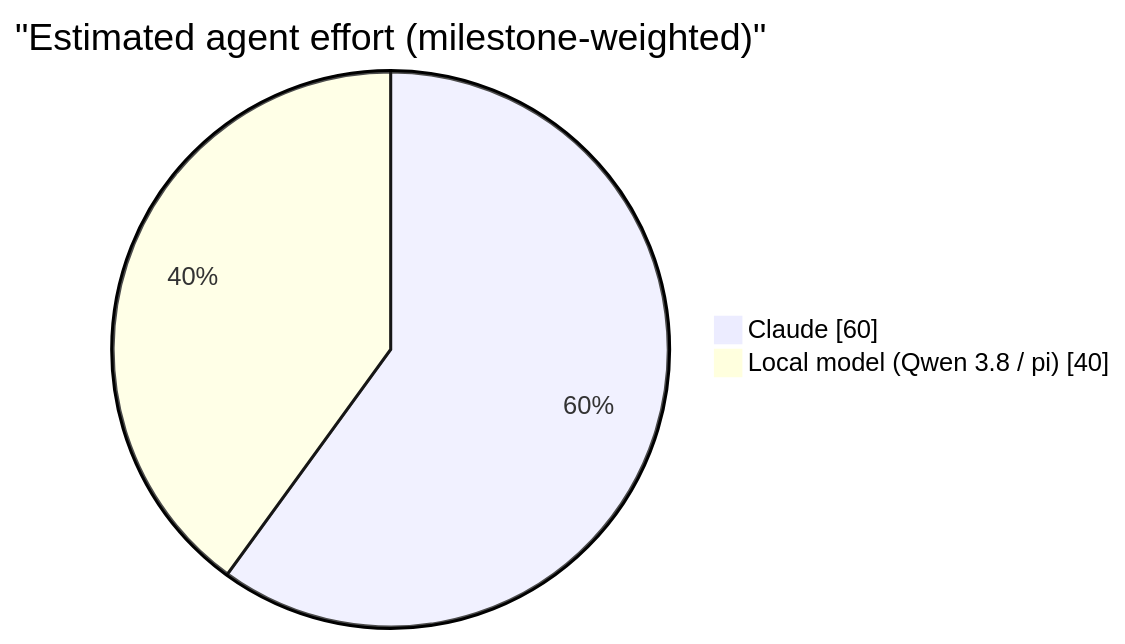
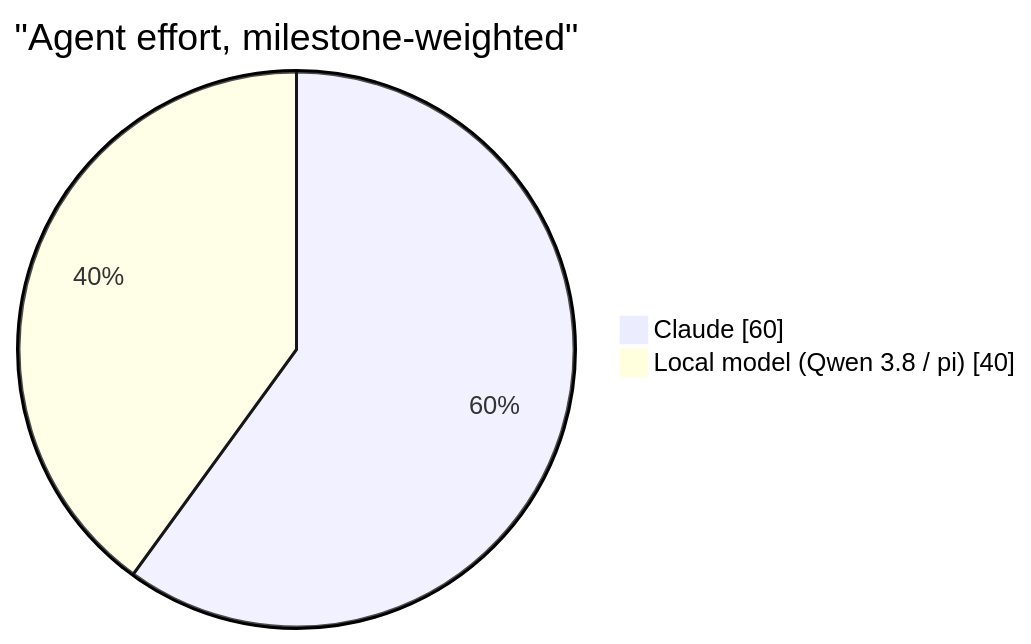
One commit to jkdansereau/goldeneye-pc-port changed the fourth of 5 diagrams in docs/dev/agentic-development.md. Above: the diagram before and after it, drawn with Mermaid. The commit also changed other lines of this file and 31 other files, not shown here.

````diff
--- a/docs/dev/agentic-development.md
+++ b/docs/dev/agentic-development.md
@@ -147,5 +163,5 @@
 ```mermaid
-pie showData title "Estimated agent effort (milestone-weighted)"
+pie showData title "Agent effort, milestone-weighted"
     "Claude" : 60
     "Local model (Qwen 3.8 / pi)" : 40
 ```
````
